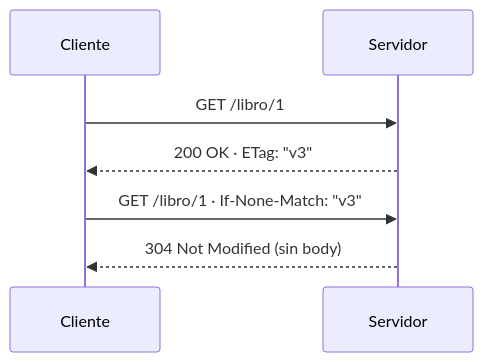
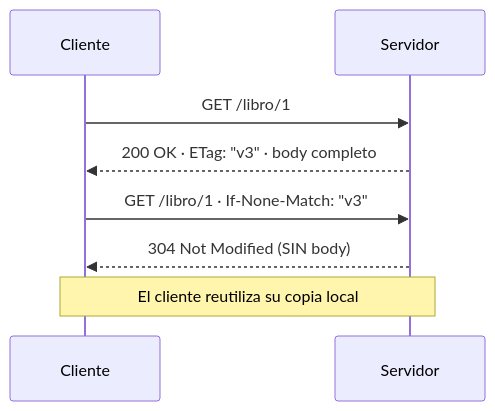
One commit to obiticadev/DAM-2025-26 changed the sixth of 6 diagrams in Programación/Aprendizaje autodidacta/11_APIRESTMasterclass/teoria/00_Fundamentos_HTTP_Web.md. Above: the diagram before and after it, drawn with Mermaid. The commit also changed other lines of this file and 13 other files, not shown here.

````diff
--- a/Programación/Aprendizaje autodidacta/11_APIRESTMasterclass/teoria/00_Fundamentos_HTTP_Web.md
+++ b/Programación/Aprendizaje autodidacta/11_APIRESTMasterclass/teoria/00_Fundamentos_HTTP_Web.md
@@ -110,9 +440,10 @@
 ```mermaid
 sequenceDiagram
     participant C as Cliente
     participant S as Servidor
     C->>S: GET /libro/1
-    S-->>C: 200 OK · ETag: "v3"
+    S-->>C: 200 OK · ETag: "v3" · body completo
     C->>S: GET /libro/1 · If-None-Match: "v3"
-    S-->>C: 304 Not Modified (sin body)
+    S-->>C: 304 Not Modified (SIN body)
+    Note over C,S: El cliente reutiliza su copia local
 ```
````
